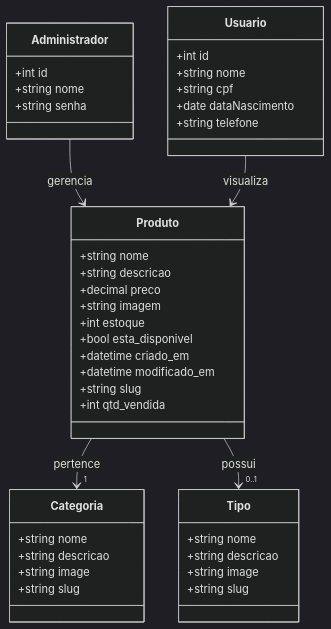
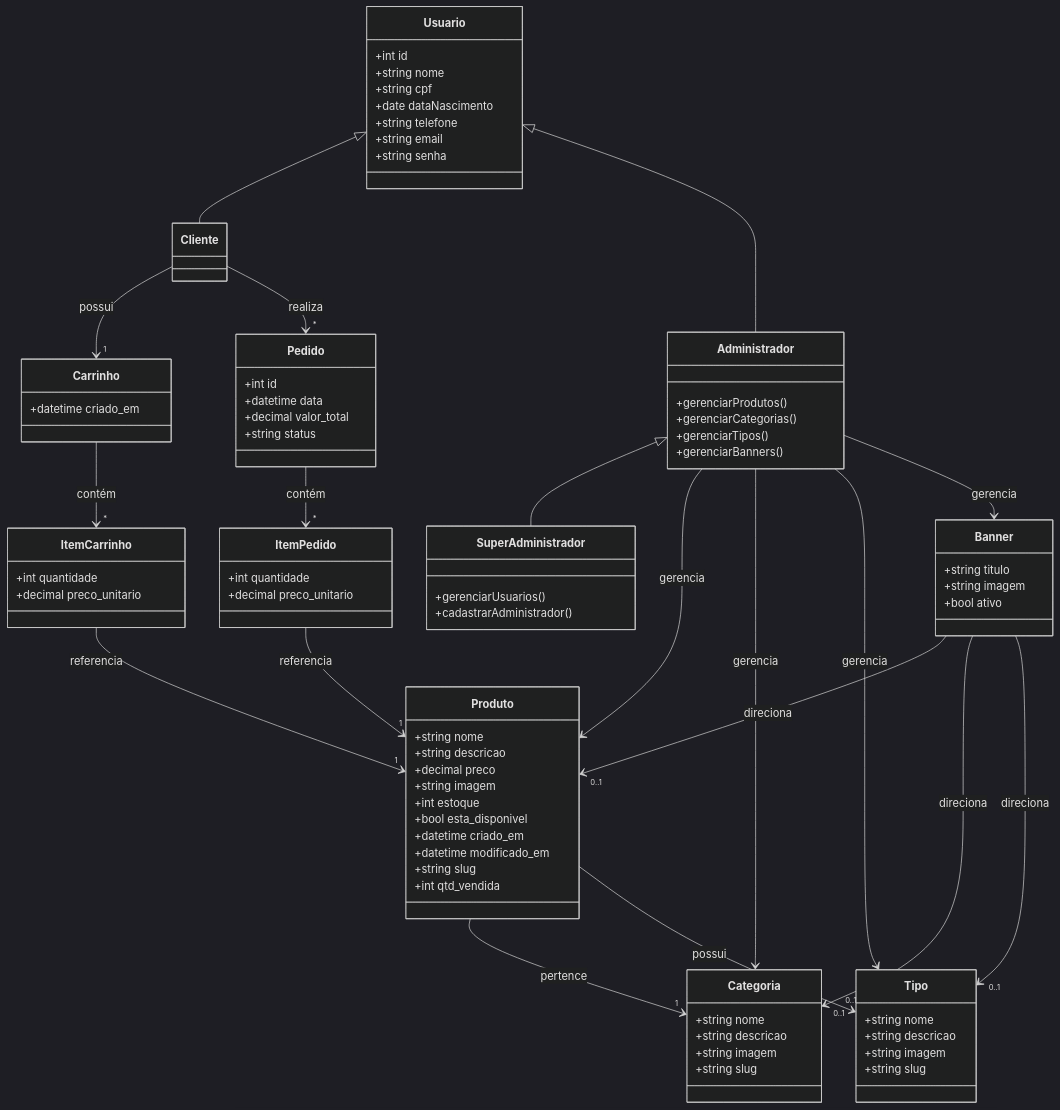
The diagram in docs/DiagramaClasse.md (Fologne/Projeto-Programacao-Web), drawn with Mermaid (dark theme) before and after one commit. The commit also changed other lines of this file, not shown here.

````diff
--- a/docs/DiagramaClasse.md
+++ b/docs/DiagramaClasse.md
@@ -2,7 +2,39 @@
 classDiagram
 
 %% =======================
-%% Entidades principais
+%% Usuários
+%% =======================
+
+class Usuario {
+    +int id
+    +string nome
+    +string cpf
+    +date dataNascimento
+    +string telefone
+    +string email
+    +string senha
+}
+
+class Cliente
+
+class Administrador {
+    +gerenciarProdutos()
+    +gerenciarCategorias()
+    +gerenciarTipos()
+    +gerenciarBanners()
+}
+
+class SuperAdministrador {
+    +gerenciarUsuarios()
+    +cadastrarAdministrador()
+}
+
+Usuario <|-- Cliente
+Usuario <|-- Administrador
+Administrador <|-- SuperAdministrador
+
+%% =======================
+%% Catálogo
 %% =======================
 
 class Produto {
@@ -21,42 +53,77 @@
 class Categoria {
     +string nome
     +string descricao
-    +string image
+    +string imagem
     +string slug
 }
 
 class Tipo {
     +string nome
     +string descricao
-    +string image
+    +string imagem
     +string slug
 }
-
-%% =======================
-%% Outras classes do sistema
-%% =======================
-
-class Administrador {
-    +int id
-    +string nome
-    +string senha
-}
-
-class Usuario {
-    +int id
-    +string nome
-    +string cpf
-    +date dataNascimento
-    +string telefone
-}
-
-%% =======================
-%% Relacionamentos
-%% =======================
 
 Produto --> "1" Categoria : pertence
 Produto --> "0..1" Tipo : possui
 
+%% =======================
+%% Banner
+%% =======================
+
+class Banner {
+    +string titulo
+    +string imagem
+    +bool ativo
+}
+
+Banner --> "0..1" Produto : direciona
+Banner --> "0..1" Categoria : direciona
+Banner --> "0..1" Tipo : direciona
+
+%% =======================
+%% Carrinho
+%% =======================
+
+class Carrinho {
+    +datetime criado_em
+}
+
+class ItemCarrinho {
+    +int quantidade
+    +decimal preco_unitario
+}
+
+Cliente --> "1" Carrinho : possui
+Carrinho --> "*" ItemCarrinho : contém
+ItemCarrinho --> "1" Produto : referencia
+
+%% =======================
+%% Pedidos
+%% =======================
+
+class Pedido {
+    +int id
+    +datetime data
+    +decimal valor_total
+    +string status
+}
+
+class ItemPedido {
+    +int quantidade
+    +decimal preco_unitario
+}
+
+Cliente --> "*" Pedido : realiza
+Pedido --> "*" ItemPedido : contém
+ItemPedido --> "1" Produto : referencia
+
+%% =======================
+%% Administração
+%% =======================
+
 Administrador --> Produto : gerencia
-Usuario --> Produto : visualiza
+Administrador --> Categoria : gerencia
+Administrador --> Tipo : gerencia
+Administrador --> Banner : gerencia
 ```
````
